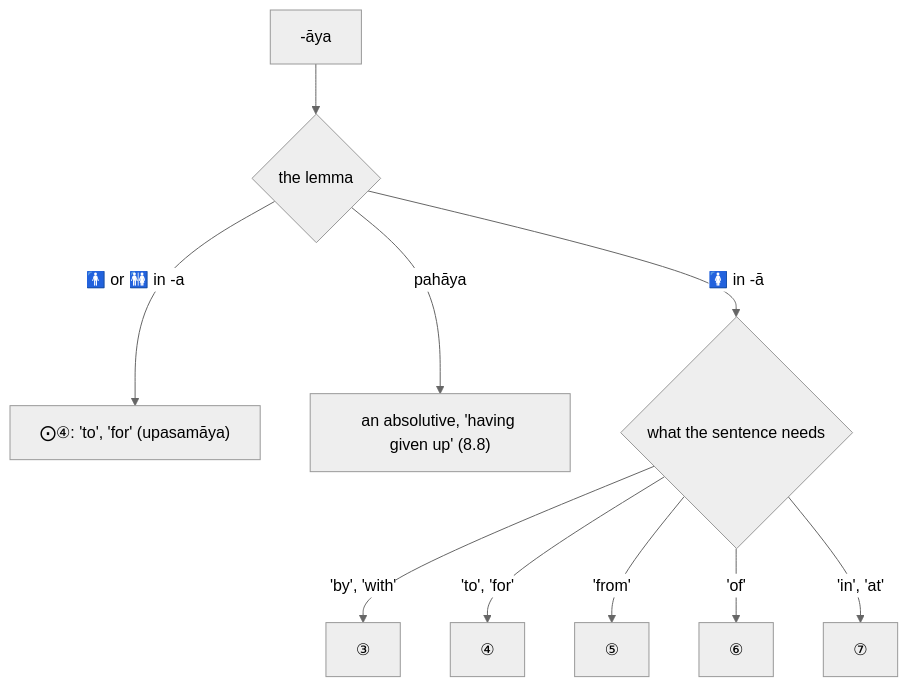
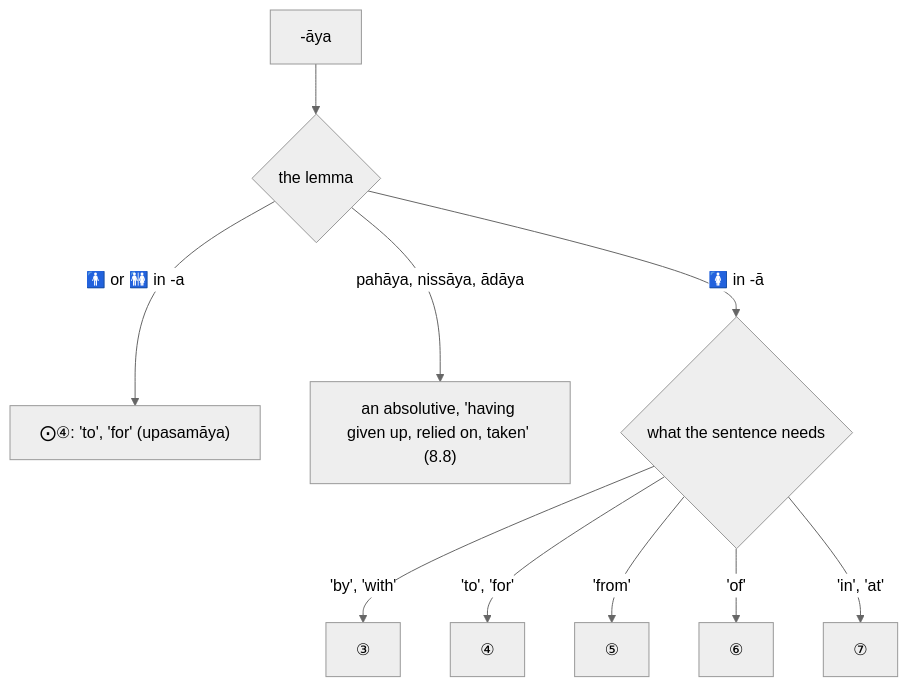
Before and after one commit to ChristineTham/buddhavacana: the fourth of 8 diagrams in src/content/docs/Pali Textbook/1-basics.md, drawn with Mermaid (neutral theme). The commit also changed other lines of this file and 3 other files, not shown here.

````diff
--- a/src/content/docs/Pali Textbook/1-basics.md
+++ b/src/content/docs/Pali Textbook/1-basics.md
@@ -1855,12 +1859,12 @@
 ```mermaid
 flowchart TD
   A["-āya"] --> Q1{"the lemma"}
   Q1 -->|"🚹 or 🚻 in -a"| D["⨀④: 'to', 'for' (upasamāya)"]
-  Q1 -->|"pahāya"| B["an absolutive, 'having given up' (8.8)"]
+  Q1 -->|"pahāya, nissāya, ādāya"| B["an absolutive, 'having given up, relied on, taken' (8.8)"]
   Q1 -->|"🚺 in -ā"| Q2{"what the sentence needs"}
   Q2 -->|"'by', 'with'"| C3["③"]
   Q2 -->|"'to', 'for'"| C4["④"]
   Q2 -->|"'from'"| C5["⑤"]
   Q2 -->|"'of'"| C6["⑥"]
   Q2 -->|"'in', 'at'"| C7["⑦"]
 ```
````
